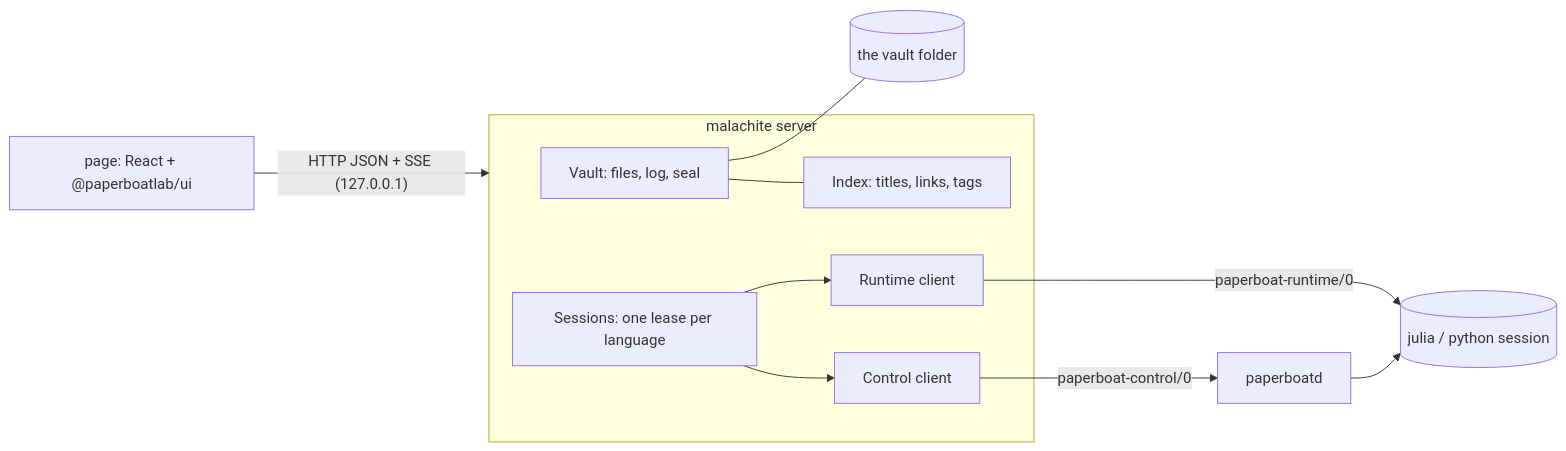
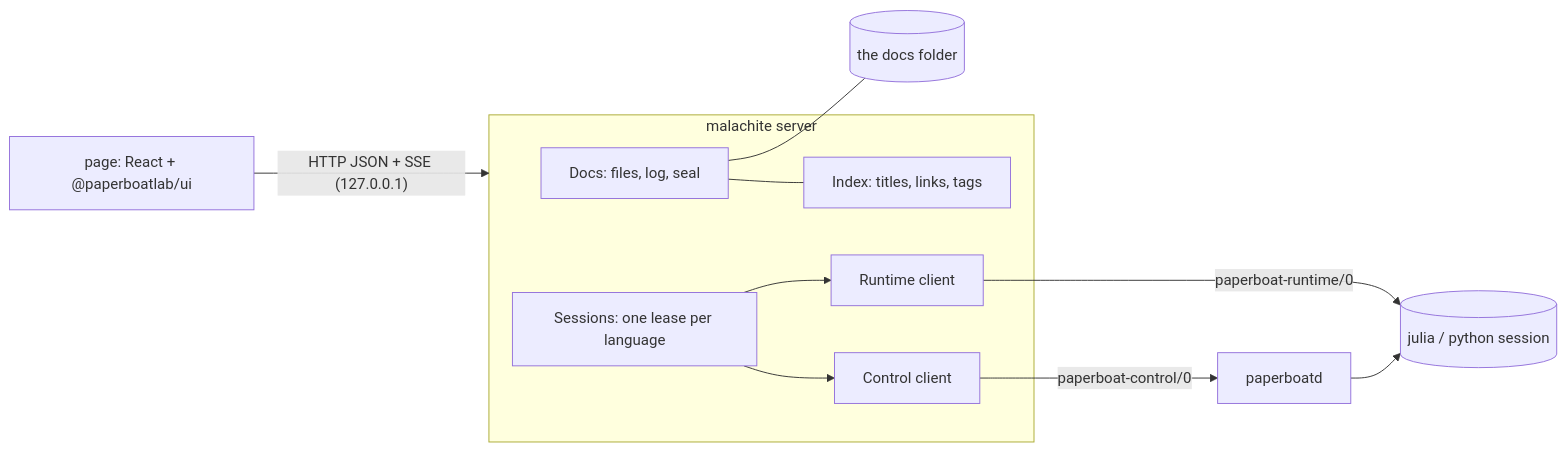
Before and after one commit to paperboatlab/malachite: the diagram in ARCHITECTURE.md, drawn with Mermaid. The commit also changed other lines of this file and 17 other files, not shown here.

````diff
--- a/ARCHITECTURE.md
+++ b/ARCHITECTURE.md
@@ -12,13 +12,13 @@
 ```mermaid
 flowchart LR
   P[page: React + @paperboatlab/ui] -- "HTTP JSON + SSE (127.0.0.1)" --> S
   subgraph S[malachite server]
-    V[Vault: files, log, seal] --- I[Index: titles, links, tags]
+    V[Docs: files, log, seal] --- I[Index: titles, links, tags]
     X[Sessions: one lease per language] --> C[Control client]
     X --> R[Runtime client]
   end
   C -- paperboat-control/0 --> D[paperboatd]
   R -- paperboat-runtime/0 --> K[(julia / python session)]
   D --> K
-  V --- F[(the vault folder)]
+  V --- F[(the docs folder)]
 ```
````
